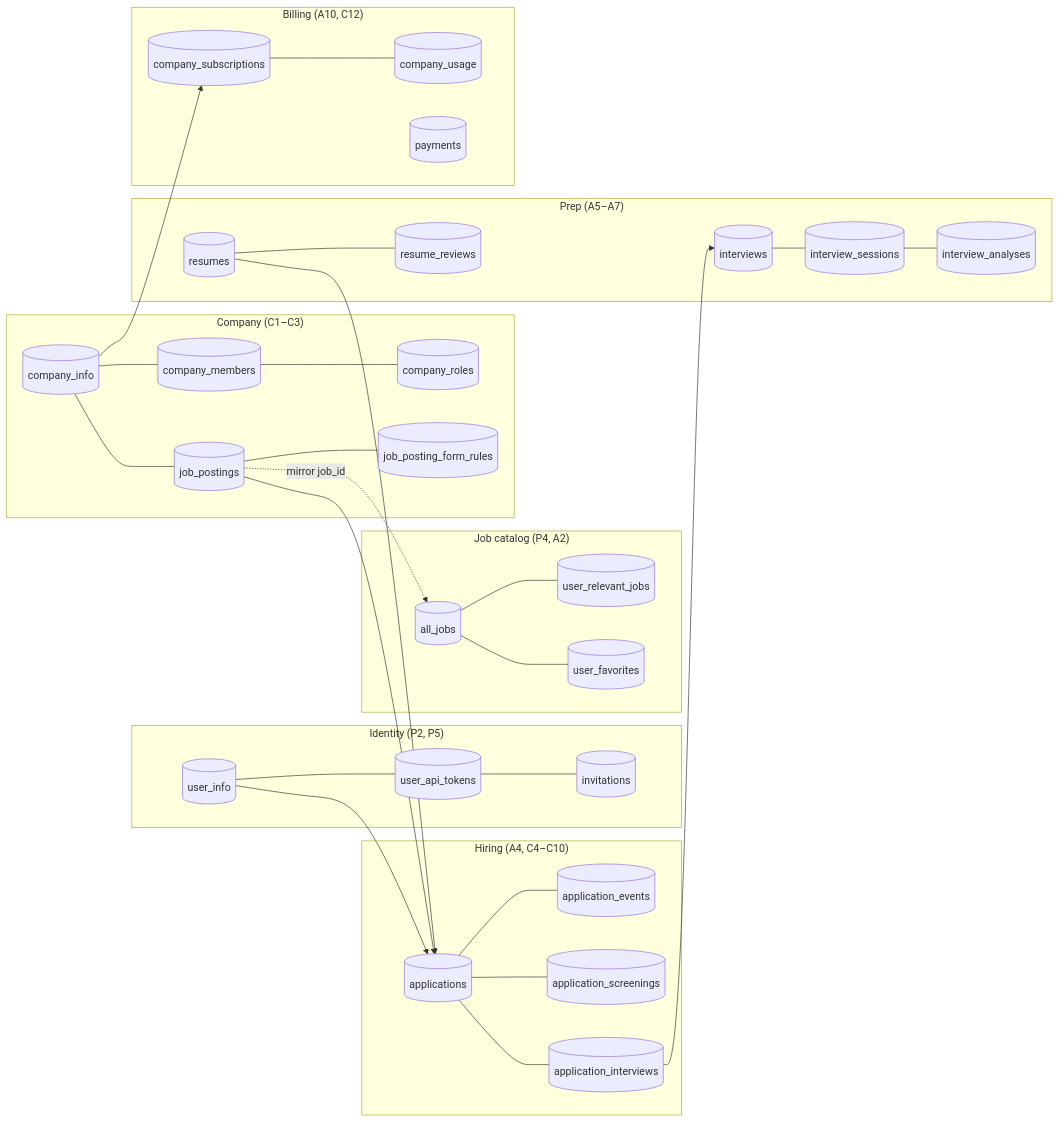
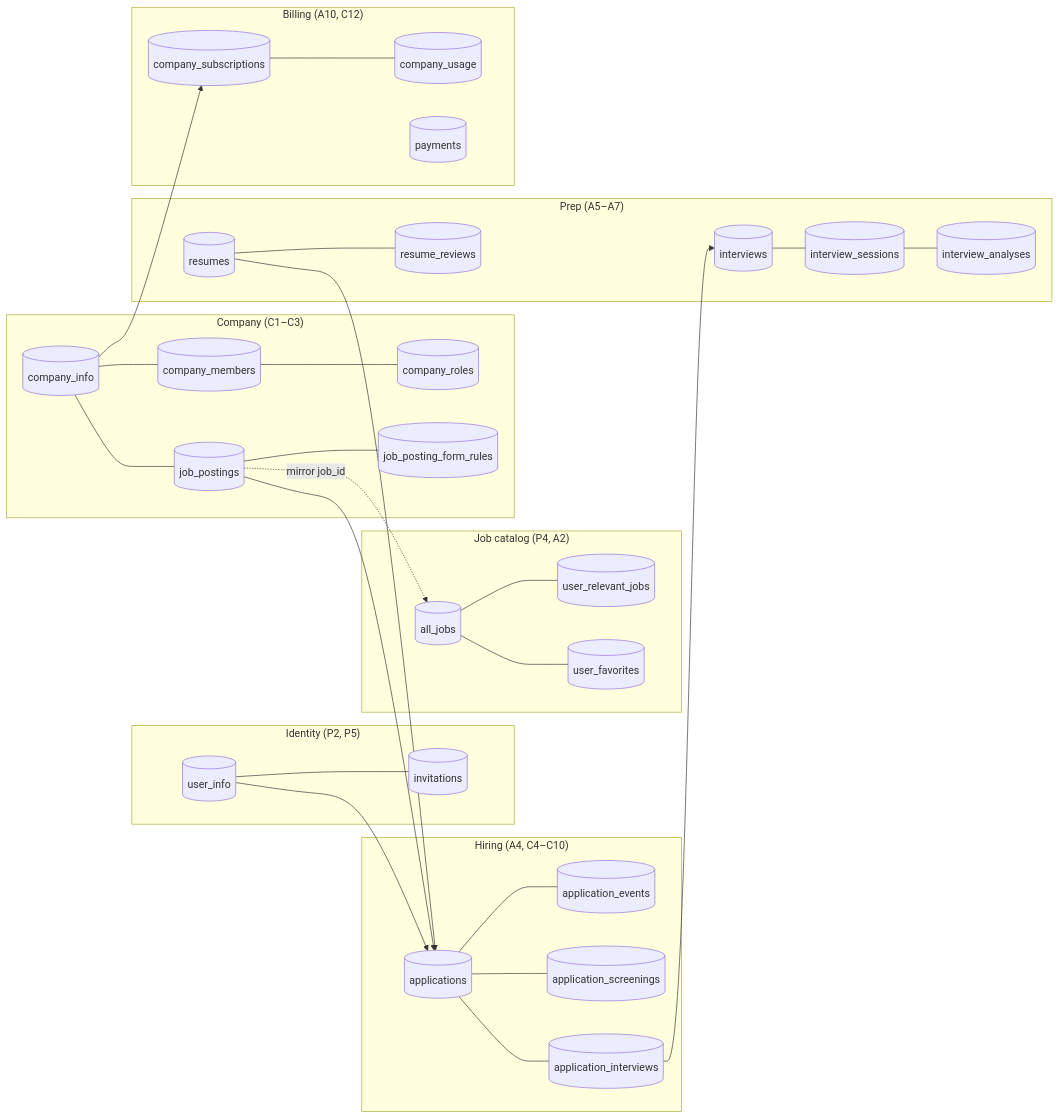
Before and after one commit to kVarunkk/GetHired: the first of 2 diagrams in docs/app-flows/05-inventory.md, drawn with Mermaid. The commit also changed other lines of this file and 251 other files, not shown here.

````diff
--- a/docs/app-flows/05-inventory.md
+++ b/docs/app-flows/05-inventory.md
@@ -7,33 +7,33 @@
 ```mermaid
 flowchart LR
   subgraph Identity["Identity (P2, P5)"]
-    UI[(user_info)] --- UAT[(user_api_tokens)] --- INV[(invitations)]
+    UI[(user_info)] --- INV[(invitations)]
   end
   subgraph Catalog["Job catalog (P4, A2)"]
     AJ[(all_jobs)] --- URJ[(user_relevant_jobs)]
     AJ --- FAV[(user_favorites)]
   end
   subgraph Company["Company (C1–C3)"]
     CI[(company_info)] --- CM[(company_members)] --- CR[(company_roles)]
     CI --- JP[(job_postings)] --- JFR[(job_posting_form_rules)]
   end
   subgraph Hiring["Hiring (A4, C4–C10)"]
     APP[(applications)] --- EV[(application_events)]
     APP --- SCR[(application_screenings)]
     APP --- AI[(application_interviews)]
   end
   subgraph Prep["Prep (A5–A7)"]
     RES[(resumes)] --- RR[(resume_reviews)]
     IV[(interviews)] --- IS[(interview_sessions)] --- IA[(interview_analyses)]
   end
   subgraph Billing["Billing (A10, C12)"]
     CS[(company_subscriptions)] --- CU[(company_usage)]
     PAY[(payments)]
   end
   UI --> APP
   JP --> APP
   JP -. "mirror job_id" .-> AJ
   RES --> APP
   AI --> IV
   CI --> CS
 ```
````
